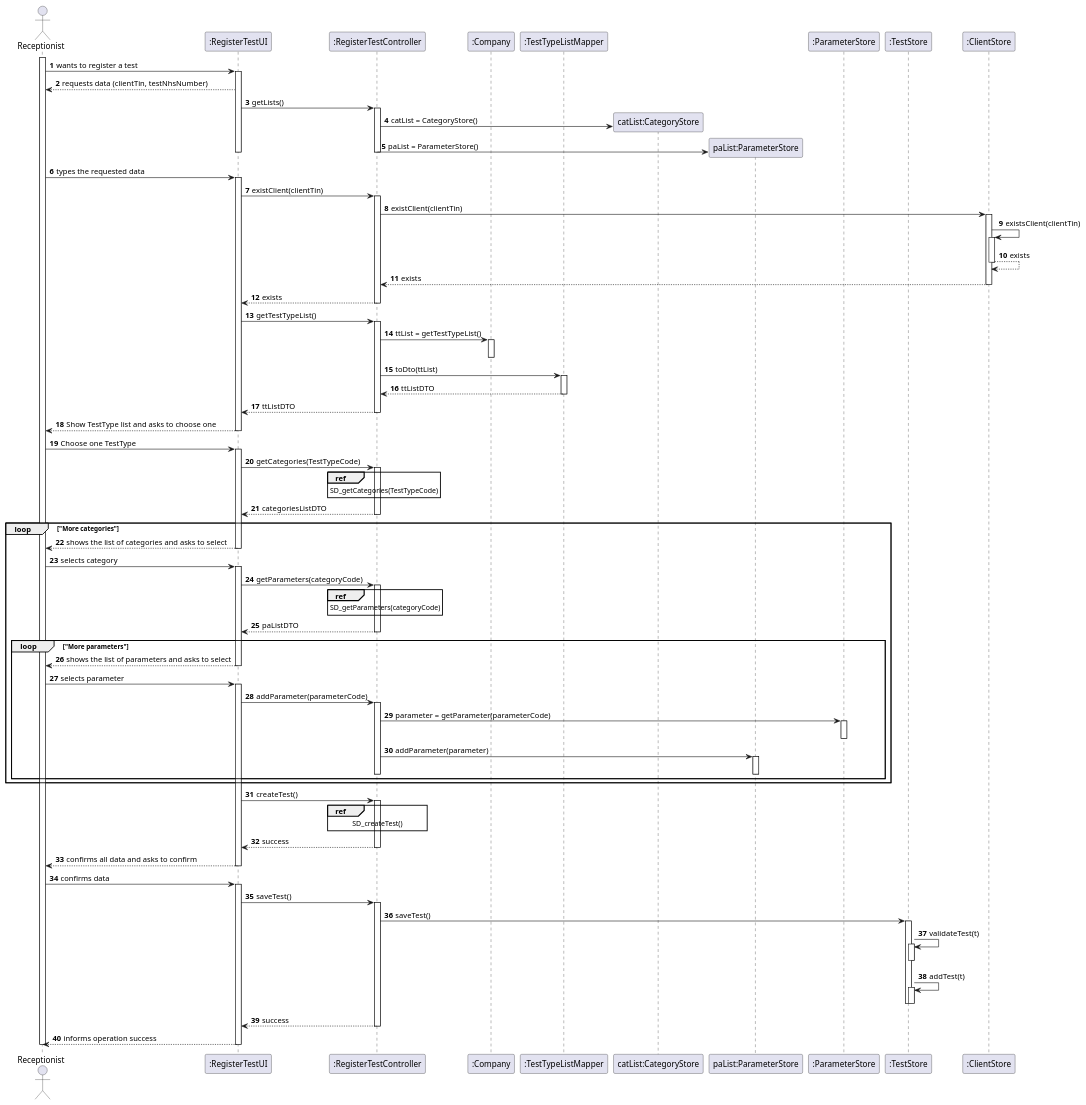
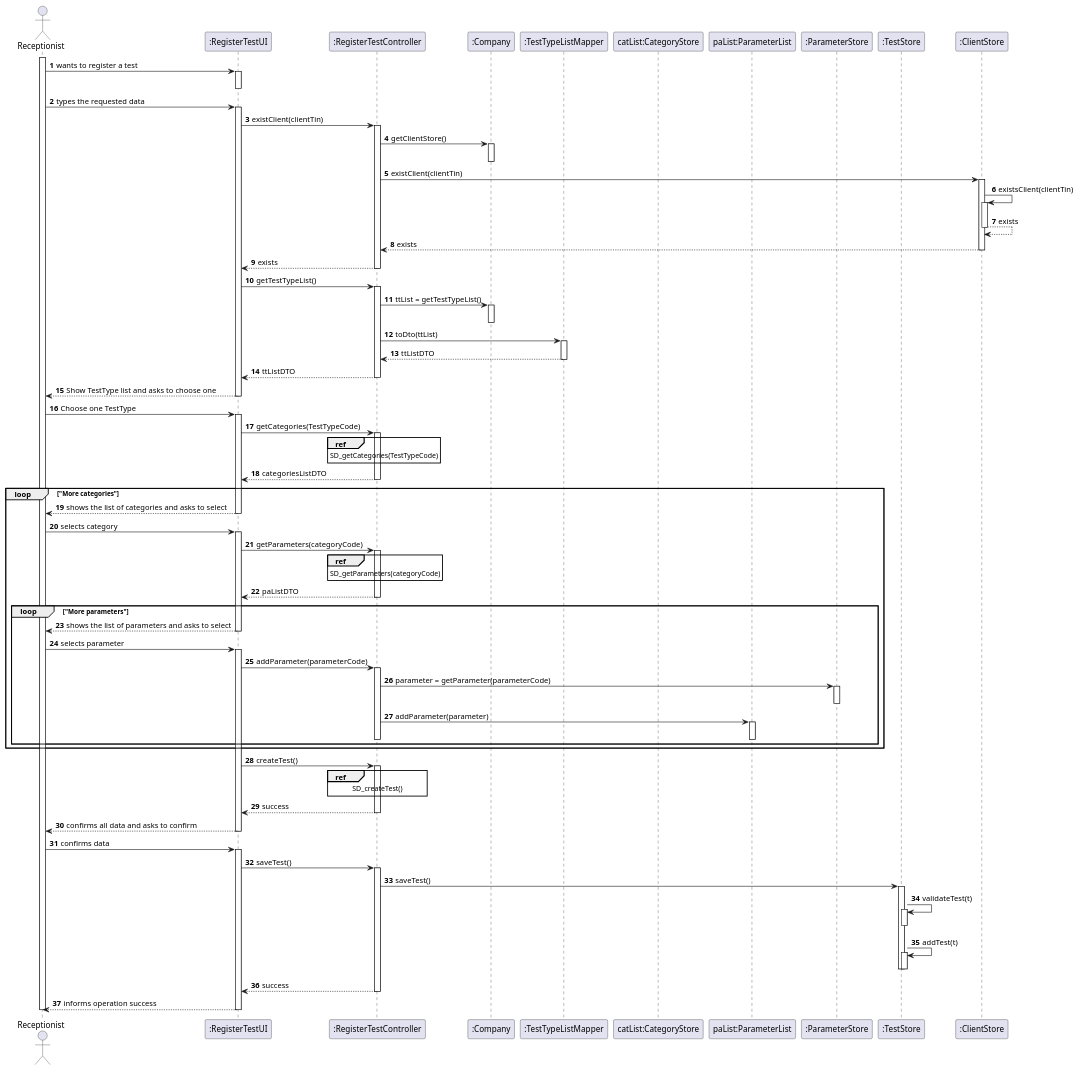
One commit to MarianaCLages/LAPR2 changed the diagram in docs/SprintC/US04/US4_SD.puml. Above: the diagram before and after it, drawn with PlantUML. The commit also changed 23 other files, not shown here.

Commit message:
correction the US5 + changes in US12/US4 diagrams

```diff
--- a/docs/SprintC/US04/US4_SD.puml
+++ b/docs/SprintC/US04/US4_SD.puml
@@ -1,119 +1,117 @@
 @startuml
 
 autonumber
 
 actor Receptionist as R
 participant ":RegisterTestUI" as UI
 participant ":RegisterTestController" as ctrl
 participant ":Company" as comp
 participant ":TestTypeListMapper" as mapper
 participant "catList:CategoryStore" as catList
-participant "paList:ParameterStore" as paList
+participant "paList:ParameterList" as paList
 participant ":ParameterStore" as paStore
 participant ":TestStore" as tStore
 participant ":ClientStore" as cStore
 
 
 
 activate R
 R -> UI: wants to register a test
 activate UI
-UI --> R: requests data (clientTin, testNhsNumber)
-UI -> ctrl: getLists()
-activate ctrl
-ctrl -> catList**: catList = CategoryStore()
-ctrl -> paList**: paList = ParameterStore()
-deactivate
+
 deactivate UI
 R -> UI: types the requested data
 activate UI
 UI -> ctrl: existClient(clientTin)
 activate ctrl
+ctrl -> comp: getClientStore()
+activate comp
+deactivate
 ctrl -> cStore: existClient(clientTin)
 activate cStore
 cStore -> cStore: existsClient(clientTin)
 activate cStore
 return exists
 return exists
 return exists
 deactivate cStore
 deactivate cStore
 
 UI -> ctrl: getTestTypeList()
 activate ctrl
 ctrl -> comp: ttList = getTestTypeList()
 activate comp
 deactivate
 ctrl -> mapper: toDto(ttList)
 activate mapper
 return ttListDTO
 return ttListDTO
 deactivate mapper
 deactivate ctrl
 
 deactivate ctrl
 UI --> R: Show TestType list and asks to choose one
 deactivate UI
 R -> UI: Choose one TestType
 activate UI
 UI -> ctrl: getCategories(TestTypeCode)
 activate ctrl
 ref over ctrl: SD_getCategories(TestTypeCode)
 return categoriesListDTO
 deactivate ctrl
 
 loop "More categories"
 UI --> R: shows the list of categories and asks to select
 deactivate UI
 R -> UI: selects category
 activate UI
 UI -> ctrl: getParameters(categoryCode)
 activate ctrl
 ref over ctrl: SD_getParameters(categoryCode)
 return paListDTO
 
 deactivate ctrl
 loop "More parameters"
 UI --> R: shows the list of parameters and asks to select
 deactivate UI
 R -> UI: selects parameter
 activate UI
 UI -> ctrl: addParameter(parameterCode)
 activate ctrl
 ctrl -> paStore: parameter = getParameter(parameterCode)
 activate paStore
 deactivate
 ctrl -> paList: addParameter(parameter)
 activate paList
 deactivate
 deactivate
 end
 end
 UI -> ctrl: createTest()
 activate ctrl
 ref over ctrl: SD_createTest()
 ctrl --> UI: success
 deactivate ctrl
 
 UI --> R: confirms all data and asks to confirm
 deactivate UI
 R -> UI: confirms data
 activate UI
 UI -> ctrl: saveTest()
 activate ctrl
 ctrl -> tStore: saveTest()
 activate tStore
 tStore -> tStore: validateTest(t)
 activate tStore
 deactivate
 tStore -> tStore: addTest(t)
 activate tStore
 deactivate
 deactivate
 return success
 
 deactivate ctrl
 UI --> R: informs operation success
 deactivate UI
 deactivate R
 @enduml
```
